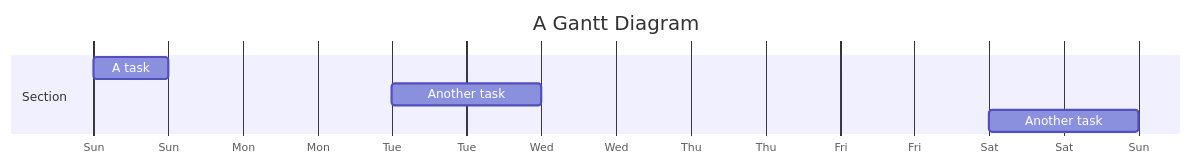
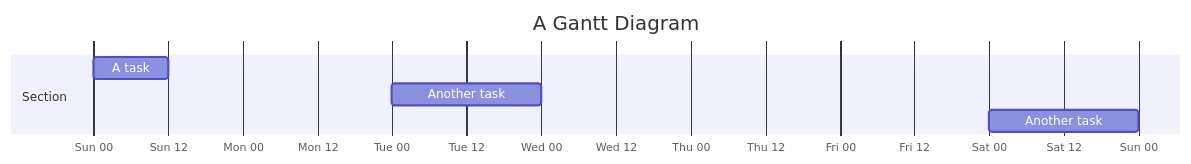
The diagram in README.md (vvcjw/vvcjw), drawn with Mermaid before and after one commit.

````diff
--- a/README.md
+++ b/README.md
@@ -9,10 +9,10 @@
 ```mermaid
 gantt
     title A Gantt Diagram
     dateFormat  YYYY-MM-DD
-    axisFormat  %a
+    axisFormat  %a %H
     section Section
     A task           : a1, 2022-02-27, 12h
     Another task     : a2, 2022-03-01, 1d
     Another task     : a3,  2022-03-05, 1d
  ```
````
